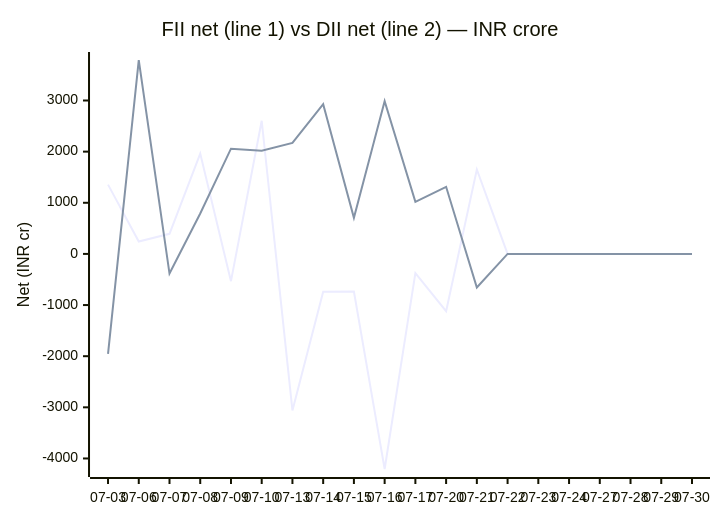
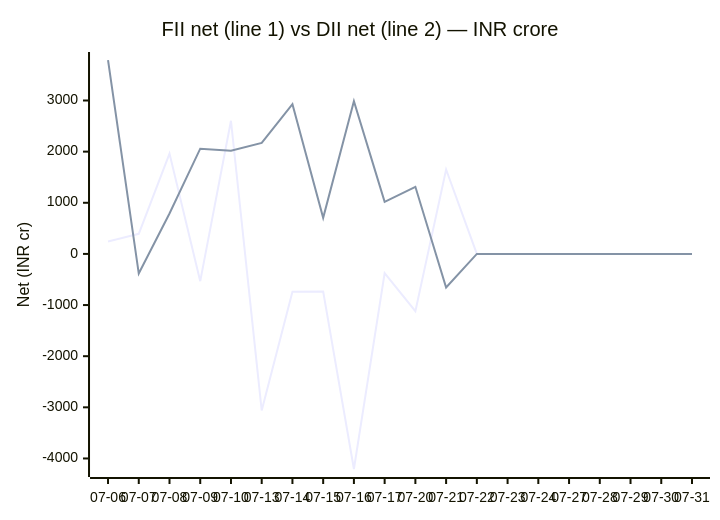
One commit to chirag127/fii-dii-activity-api changed the diagram in README.md. Above: the diagram before and after it, drawn with Mermaid. The commit also changed 2 other files, not shown here.

Commit message:
data: scrape 2026-07-31

````diff
--- a/README.md
+++ b/README.md
@@ -25,8 +25,8 @@
 ```mermaid
 xychart-beta
     title "FII net (line 1) vs DII net (line 2) — INR crore"
-    x-axis ["07-03", "07-06", "07-07", "07-08", "07-09", "07-10", "07-13", "07-14", "07-15", "07-16", "07-17", "07-20", "07-21", "07-22", "07-23", "07-24", "07-27", "07-28", "07-29", "07-30"]
+    x-axis ["07-06", "07-07", "07-08", "07-09", "07-10", "07-13", "07-14", "07-15", "07-16", "07-17", "07-20", "07-21", "07-22", "07-23", "07-24", "07-27", "07-28", "07-29", "07-30", "07-31"]
     y-axis "Net (INR cr)" -4206 --> 3792
-    line [1355.33, 243.03, 393.19, 1962.8, -532.86, 2603.72, -3062.27, -739.69, -735.83, -4205.56, -376.41, -1121.04, 1650.16, 0, 0, 0, 0, 0, 0, 0]
-    line [-1953.89, 3791.42, -383.43, 790.16, 2057.79, 2019.68, 2171.7, 2927.71, 704.93, 2986.41, 1017.89, 1312.03, -656.88, 0, 0, 0, 0, 0, 0, 0]
+    line [243.03, 393.19, 1962.8, -532.86, 2603.72, -3062.27, -739.69, -735.83, -4205.56, -376.41, -1121.04, 1650.16, 0, 0, 0, 0, 0, 0, 0, 0]
+    line [3791.42, -383.43, 790.16, 2057.79, 2019.68, 2171.7, 2927.71, 704.93, 2986.41, 1017.89, 1312.03, -656.88, 0, 0, 0, 0, 0, 0, 0, 0]
 ```
````
